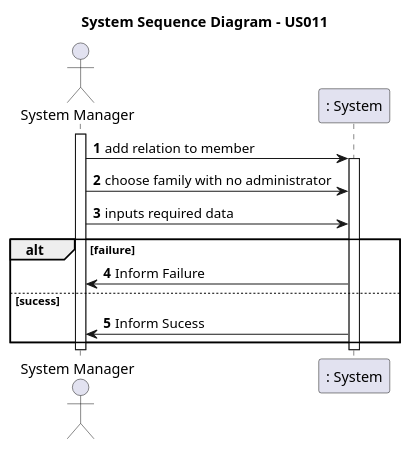
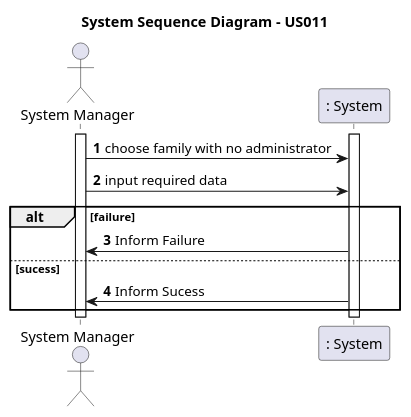
Before and after one commit to tomas-osswald/switch_2020_g3: the first of 5 diagrams in docs/US011_AddFamilyAdministrator.md, drawn with PlantUML. The commit also changed other lines of this file and 3 other files, not shown here.

Commit message:
AddFamilyAdministratorController method to create a family member that is an administrator. Update to sequence diagrams in documentation.

````diff
--- a/docs/US011_AddFamilyAdministrator.md
+++ b/docs/US011_AddFamilyAdministrator.md
@@ -19,25 +19,25 @@
 ```puml
 autonumber
 title System Sequence Diagram - US011
 
 actor "System Manager" as manager
 participant ": System" as system
 
 activate manager
-manager -> system : add relation to member
+
 activate system
 manager -> system : choose family with no administrator
-manager -> system : inputs required data
+manager -> system : input required data
 
 alt failure
 system -> manager : Inform Failure
 
 else sucess
 system -> manager : Inform Sucess
 
 end
 
 deactivate system
 
 deactivate manager
 ```
````
